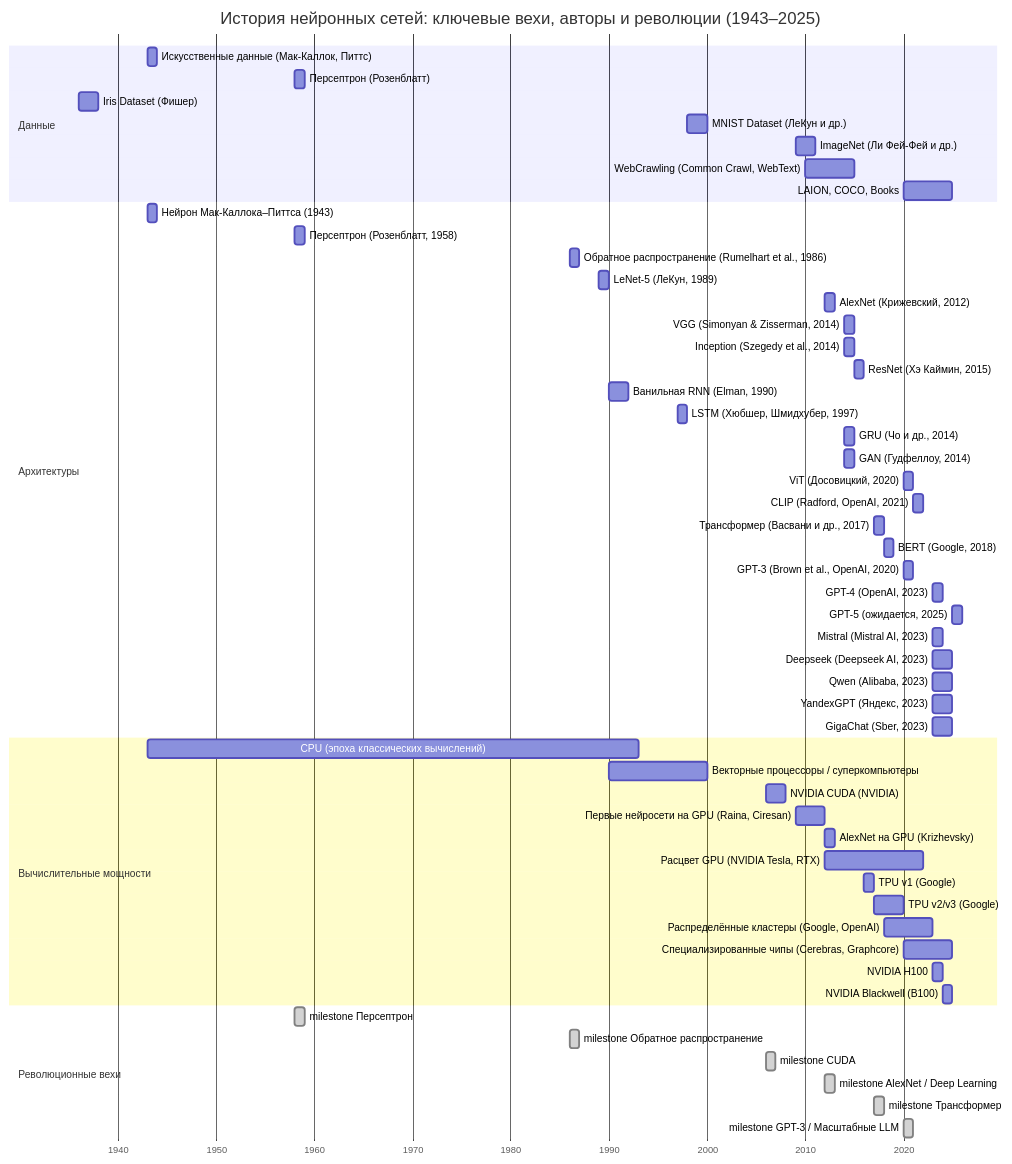
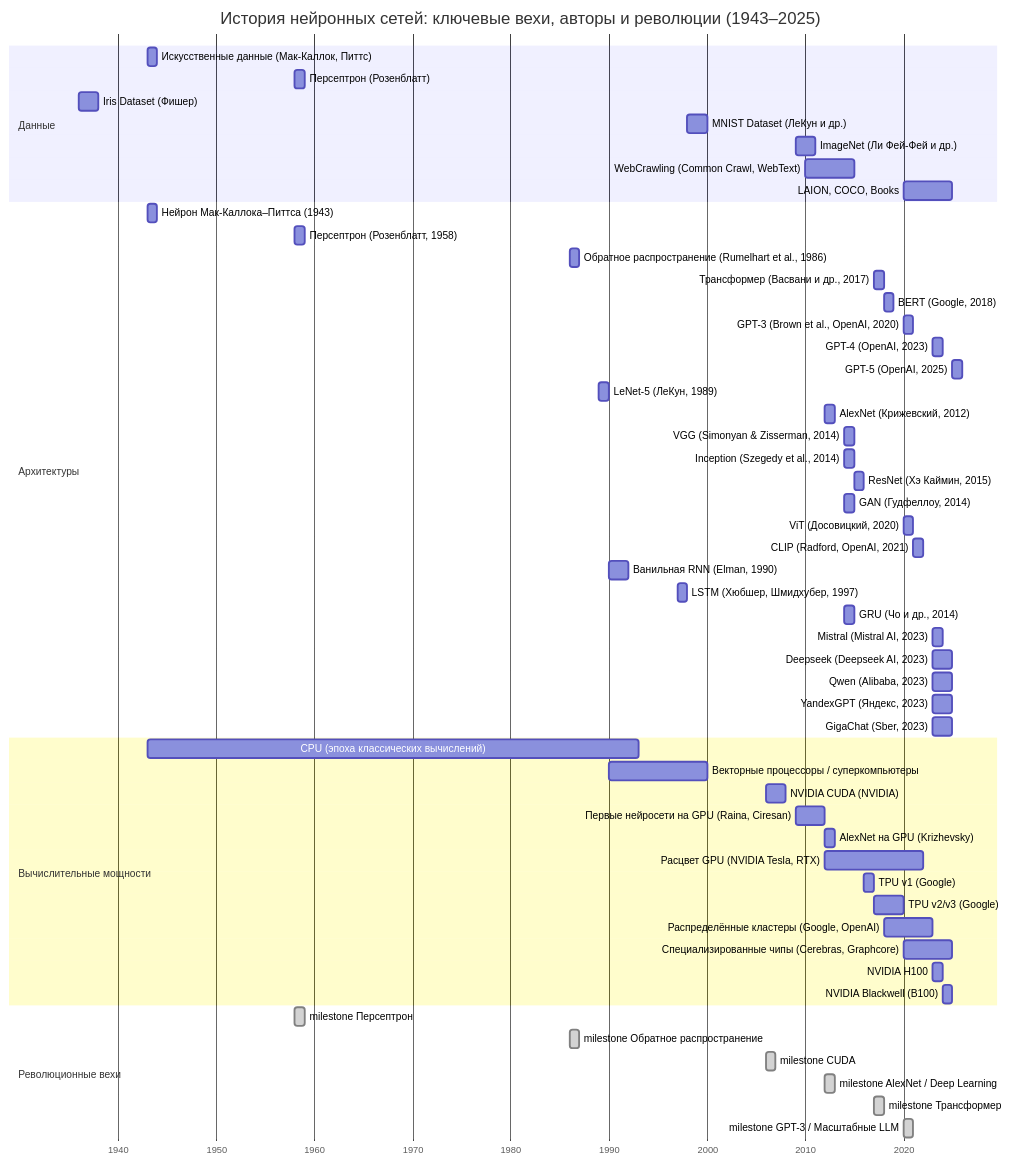
One commit to dayekb/markdown_mermaid_test changed the diagram in mermaid/gant_1.md. Above: the diagram before and after it, drawn with Mermaid.

````diff
--- a/mermaid/gant_1.md
+++ b/mermaid/gant_1.md
@@ -1,75 +1,74 @@
 ```mermaid 
 
 
 gantt
     title История нейронных сетей: ключевые вехи, авторы и революции (1943–2025)
     dateFormat  YYYY
     axisFormat %Y
     section Данные
     Искусственные данные (Мак-Каллок, Питтс) : 1943, 1y
     Персептрон (Розенблатт) : 1958, 1y
     Iris Dataset (Фишер) : 1936, 2y
     MNIST Dataset (ЛеКун и др.) : 1998, 2y
     ImageNet (Ли Фей-Фей и др.) : 2009, 2y
     WebCrawling (Common Crawl, WebText) : 2010, 5y
     LAION, COCO, Books : 2020, 5y
 
     section Архитектуры
 
     Нейрон Мак-Каллока–Питтса (1943) : 1943, 1y
     Персептрон (Розенблатт, 1958) : 1958, 1y
     Обратное распространение (Rumelhart et al., 1986) : 1986, 1y
 
+    Трансформер (Васвани и др., 2017) : 2017, 1y
+    BERT (Google, 2018) : 2018, 1y
+    GPT-3 (Brown et al., OpenAI, 2020) : 2020, 1y
+    GPT-4 (OpenAI, 2023) : 2023, 1y
+    GPT-5 (OpenAI, 2025) : 2025, 1y
+
 
     LeNet-5 (ЛеКун, 1989) : 1989, 1y
     AlexNet (Крижевский, 2012) : 2012, 1y
     VGG (Simonyan & Zisserman, 2014) : 2014, 1y
     Inception (Szegedy et al., 2014) : 2014, 1y
     ResNet (Хэ Каймин, 2015) : 2015, 1y
 
-    Ванильная RNN (Elman, 1990) : 1990, 2y
-    LSTM (Хюбшер, Шмидхубер, 1997) : 1997, 1y
-    GRU (Чо и др., 2014) : 2014, 1y
-
 
     GAN (Гудфеллоу, 2014) : 2014, 1y
     ViT (Досовицкий, 2020) : 2020, 1y
     CLIP (Radford, OpenAI, 2021) : 2021, 1y
 
 
-    Трансформер (Васвани и др., 2017) : 2017, 1y
-    BERT (Google, 2018) : 2018, 1y
-    GPT-3 (Brown et al., OpenAI, 2020) : 2020, 1y
-    GPT-4 (OpenAI, 2023) : 2023, 1y
-    GPT-5 (ожидается, 2025) : 2025, 1y
-
+    Ванильная RNN (Elman, 1990) : 1990, 2y
+    LSTM (Хюбшер, Шмидхубер, 1997) : 1997, 1y
+    GRU (Чо и др., 2014) : 2014, 1y
 
     Mistral (Mistral AI, 2023) : 2023, 1y
     Deepseek (Deepseek AI, 2023) : 2023, 2y
     Qwen (Alibaba, 2023) : 2023, 2y
     YandexGPT (Яндекс, 2023) : 2023, 2y
     GigaChat (Sber, 2023) : 2023, 2y
 
     section Вычислительные мощности
     CPU (эпоха классических вычислений) : 1943, 50y
     Векторные процессоры / суперкомпьютеры : 1990, 10y
     NVIDIA CUDA (NVIDIA) : 2006, 2y
     Первые нейросети на GPU (Raina, Ciresan) : 2009, 3y
     AlexNet на GPU (Krizhevsky) : 2012, 1y
     Расцвет GPU (NVIDIA Tesla, RTX) : 2012, 10y
     TPU v1 (Google) : 2016, 1y
     TPU v2/v3 (Google) : 2017, 3y
     Распределённые кластеры (Google, OpenAI) : 2018, 5y
     Специализированные чипы (Cerebras, Graphcore) : 2020, 5y
     NVIDIA H100 : 2023, 1y
     NVIDIA Blackwell (B100) : 2024, 1y
 
     section Революционные вехи
     milestone Персептрон : done, 1958, 1y
     milestone Обратное распространение : done, 1986, 1y
     milestone CUDA : done, 2006, 1y
     milestone AlexNet / Deep Learning : done, 2012, 1y
     milestone Трансформер : done, 2017, 1y
     milestone GPT-3 / Масштабные LLM : done, 2020, 1y
 
 ```
````
